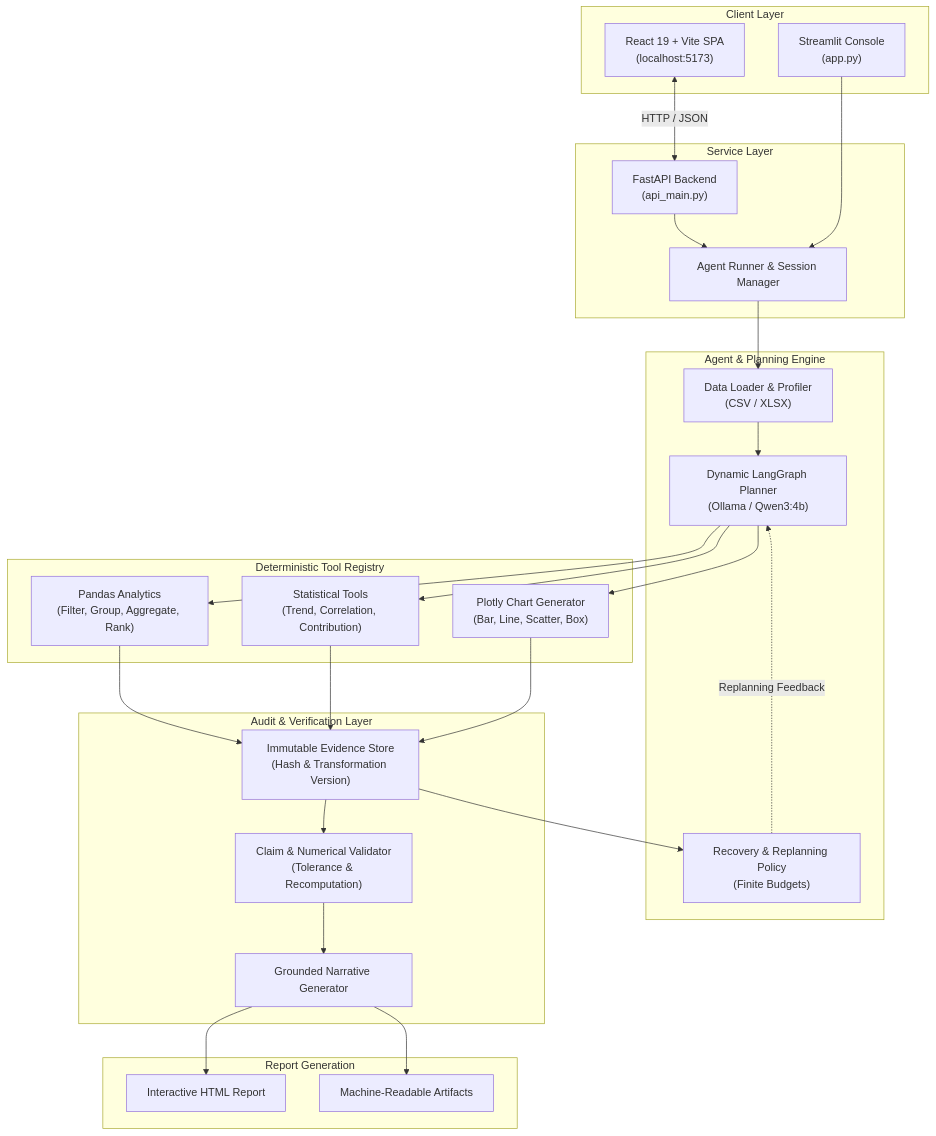
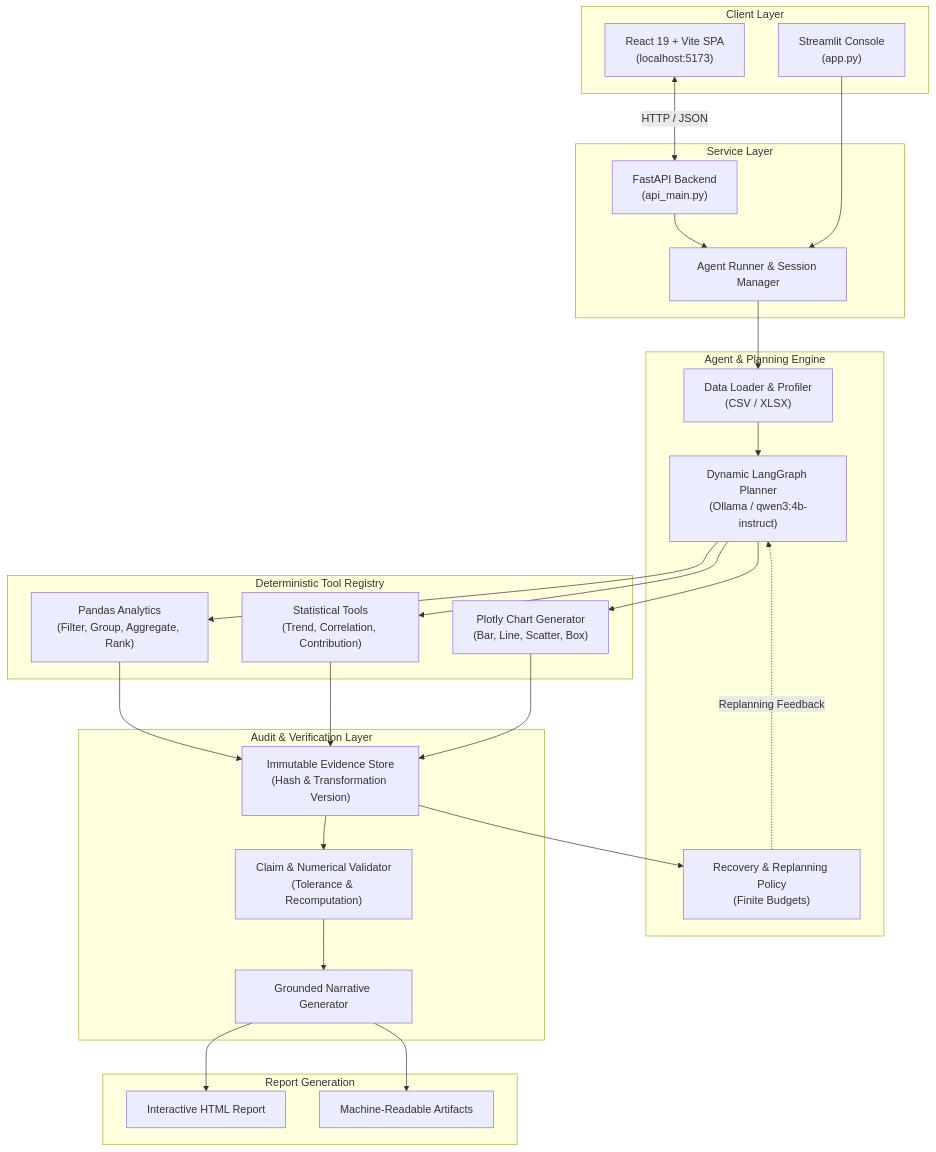
One commit to Despacito64/data-analysis-report-generator changed the diagram in README.md. Above: the diagram before and after it, drawn with Mermaid. The commit also changed other lines of this file and 1 other file, not shown here.

````diff
--- a/README.md
+++ b/README.md
@@ -77,48 +77,48 @@
 ```mermaid
 flowchart TD
     subgraph Client ["Client Layer"]
         ReactUI["React 19 + Vite SPA<br/>(localhost:5173)"]
         StreamlitUI["Streamlit Console<br/>(app.py)"]
     end
 
     subgraph API ["Service Layer"]
         FastAPI["FastAPI Backend<br/>(api_main.py)"]
         Runner["Agent Runner & Session Manager"]
     end
 
     subgraph Core ["Agent & Planning Engine"]
         Profile["Data Loader & Profiler<br/>(CSV / XLSX)"]
-        Planner["Dynamic LangGraph Planner<br/>(Ollama / Qwen3:4b)"]
+        Planner["Dynamic LangGraph Planner<br/>(Ollama / qwen3:4b-instruct)"]
         Replan["Recovery & Replanning Policy<br/>(Finite Budgets)"]
     end
 
     subgraph Execution ["Deterministic Tool Registry"]
         PandasTools["Pandas Analytics<br/>(Filter, Group, Aggregate, Rank)"]
         StatsTools["Statistical Tools<br/>(Trend, Correlation, Contribution)"]
         ChartTools["Plotly Chart Generator<br/>(Bar, Line, Scatter, Box)"]
     end
 
     subgraph Validation ["Audit & Verification Layer"]
         EvidenceStore["Immutable Evidence Store<br/>(Hash & Transformation Version)"]
         ClaimValidator["Claim & Numerical Validator<br/>(Tolerance & Recomputation)"]
         Narrator["Grounded Narrative Generator"]
     end
 
     subgraph Output ["Report Generation"]
         ReportHTML["Interactive HTML Report"]
         ReportJSON["Machine-Readable Artifacts"]
     end
 
     ReactUI <-->|HTTP / JSON| FastAPI
     FastAPI --> Runner
     StreamlitUI --> Runner
     Runner --> Profile
     Profile --> Planner
     Planner --> PandasTools & StatsTools & ChartTools
     PandasTools & StatsTools & ChartTools --> EvidenceStore
     EvidenceStore --> Replan
     Replan -.->|Replanning Feedback| Planner
     EvidenceStore --> ClaimValidator
     ClaimValidator --> Narrator
     Narrator --> ReportHTML & ReportJSON
 ```
````
